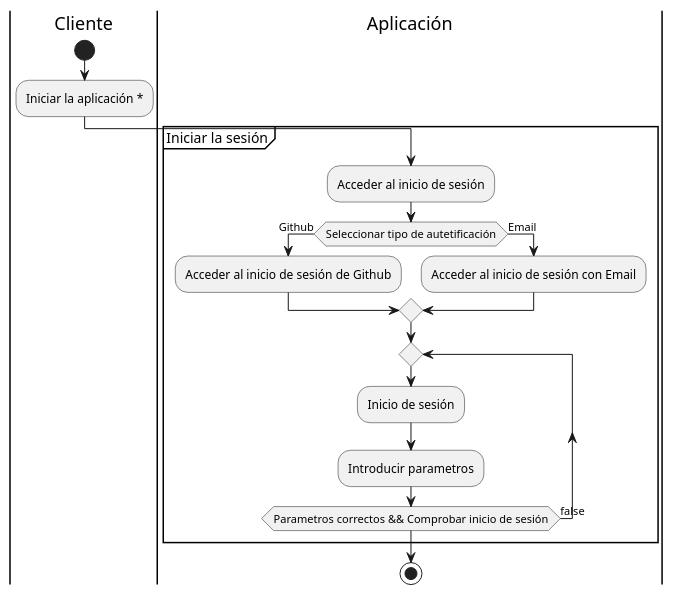
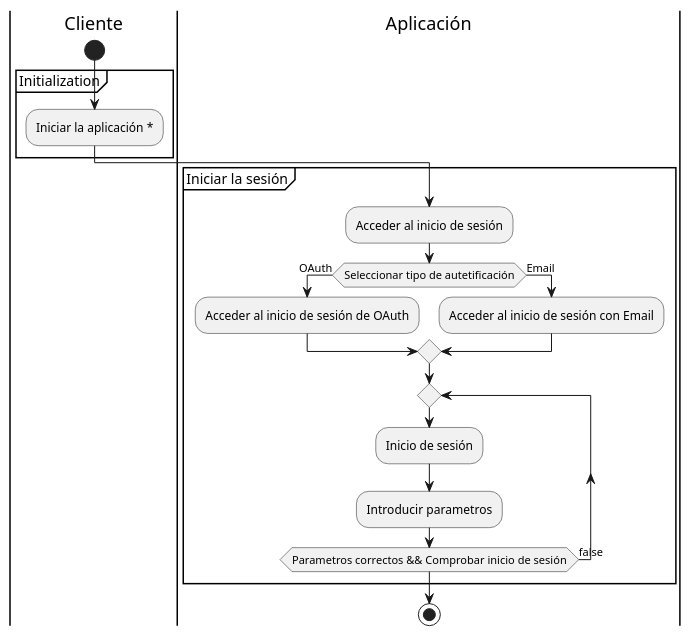
One commit to nonodev96/THUMDER changed the diagram in UML/6.2.ActivityDiagram.puml. Above: the diagram before and after it, drawn with PlantUML. The commit also changed 62 other files, not shown here.

Commit message:
add login in cypress with cookies user add timer in machine add navigation list add code iterator stage ["--", "WB", "ME", "EX", "ID", "IF", "--"] add new translations add runner.json change UML remove href="#"

```diff
--- a/UML/6.2.ActivityDiagram.puml
+++ b/UML/6.2.ActivityDiagram.puml
@@ -1,33 +1,34 @@
 @startuml
 'https://plantuml.com/activity-diagram-beta
+'!theme amiga from https://raw.githubusercontent.com/plantuml/plantuml/master/themes
 
 'Iniciar Sesión
-
 skinparam defaultFontName consolas
 skinparam minClassWidth 100
 skinparam conditionStyle inside
 
 |Cliente|
 
   start
-
-  :Iniciar la aplicación *;
+  partition Initialization {
+    :Iniciar la aplicación *;
+  }
 
 |Aplicación|
 
   partition "Iniciar la sesión" {
     :Acceder al inicio de sesión;
-    if (Seleccionar tipo de autetificación) then (Github)
-      :Acceder al inicio de sesión de Github;
+    if (Seleccionar tipo de autetificación) then (OAuth)
+      :Acceder al inicio de sesión de OAuth;
     else (Email)
       :Acceder al inicio de sesión con Email;
     endif
 
     repeat
       :Inicio de sesión;
       :Introducir parametros;
     repeat while (Parametros correctos && Comprobar inicio de sesión) is (false)
   }
   stop
 
 @enduml
```
